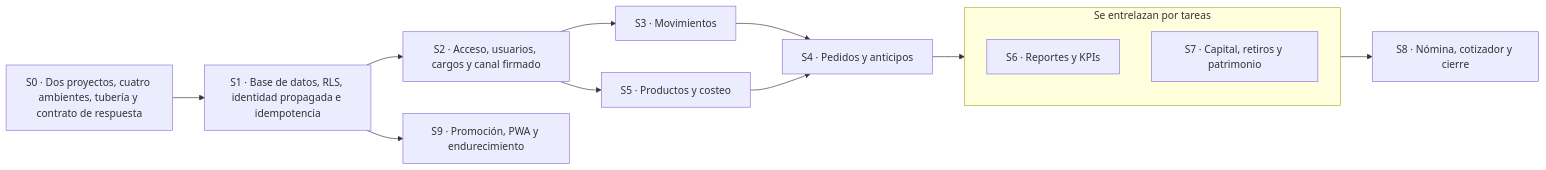
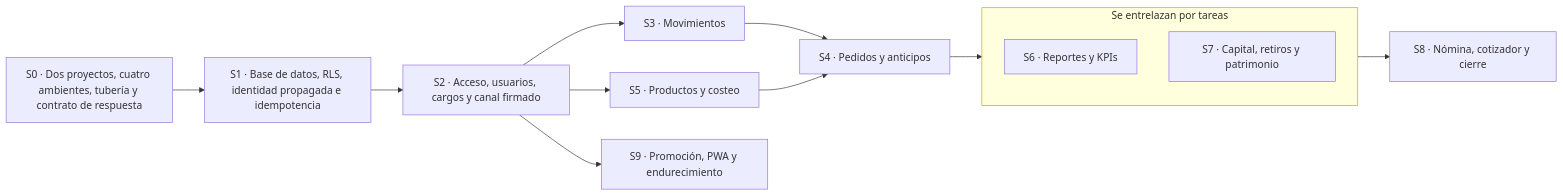
Before and after one commit to Juanchope039/Finanzas-PRISMA: the second of 2 diagrams in docs/08-plan-de-desarrollo.md, drawn with Mermaid. The commit also changed other lines of this file and 26 other files, not shown here.

````diff
--- a/docs/08-plan-de-desarrollo.md
+++ b/docs/08-plan-de-desarrollo.md
@@ -991,24 +992,24 @@
 ```mermaid
 graph LR
   S0["S0 · Dos proyectos, cuatro ambientes, tubería y contrato de respuesta"]
   S1["S1 · Base de datos, RLS, identidad propagada e idempotencia"]
   S2["S2 · Acceso, usuarios, cargos y canal firmado"]
   S3["S3 · Movimientos"]
   S4["S4 · Pedidos y anticipos"]
   S5["S5 · Productos y costeo"]
   subgraph G67["Se entrelazan por tareas"]
     S6["S6 · Reportes y KPIs"]
     S7["S7 · Capital, retiros y patrimonio"]
   end
   S8["S8 · Nómina, cotizador y cierre"]
   S9["S9 · Promoción, PWA y endurecimiento"]
   S0 --> S1
   S1 --> S2
-  S1 --> S9
   S2 --> S3
   S2 --> S5
+  S2 --> S9
   S3 --> S4
   S4 --> G67
   S5 --> S4
   G67 --> S8
 ```
````
